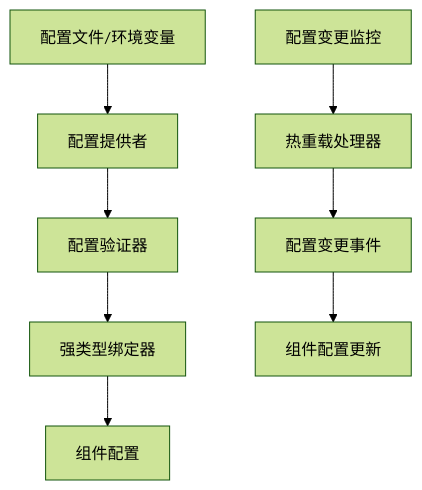
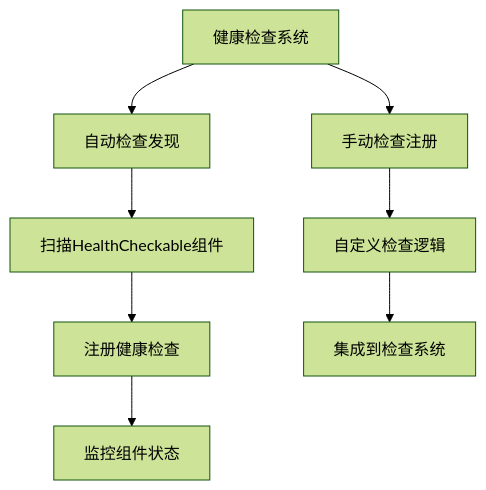
The ninth of 10 diagrams in docs_TecDesign/系统配置化和依赖注入设计/统一配置化和依赖注入架构设计.md (lornshrimp/Lorn.ADSP.Rust), drawn with Mermaid (forest theme) before and after one commit. The commit also changed other lines of this file and 59 other files, not shown here.

````diff
--- a/docs_TecDesign/系统配置化和依赖注入设计/统一配置化和依赖注入架构设计.md
+++ b/docs_TecDesign/系统配置化和依赖注入设计/统一配置化和依赖注入架构设计.md
@@ -317,10 +764,11 @@
 ```mermaid
-flowchart TD
-    A[配置文件/环境变量] --> B[配置提供者]
-    B --> C[配置验证器]
-    C --> D[强类型绑定器]
-    D --> E[组件配置]
-    F[配置变更监控] --> G[热重载处理器]
-    G --> H[配置变更事件]
-    H --> I[组件配置更新]
+graph TD
+    HC[健康检查系统] --> Auto[自动检查发现]
+    Auto --> Scan[扫描HealthCheckable组件]
+    Scan --> Register[注册健康检查]
+    Register --> Monitor[监控组件状态]
+    
+    HC --> Manual[手动检查注册]
+    Manual --> Custom[自定义检查逻辑]
+    Custom --> Integrate[集成到检查系统]
 ```
````
